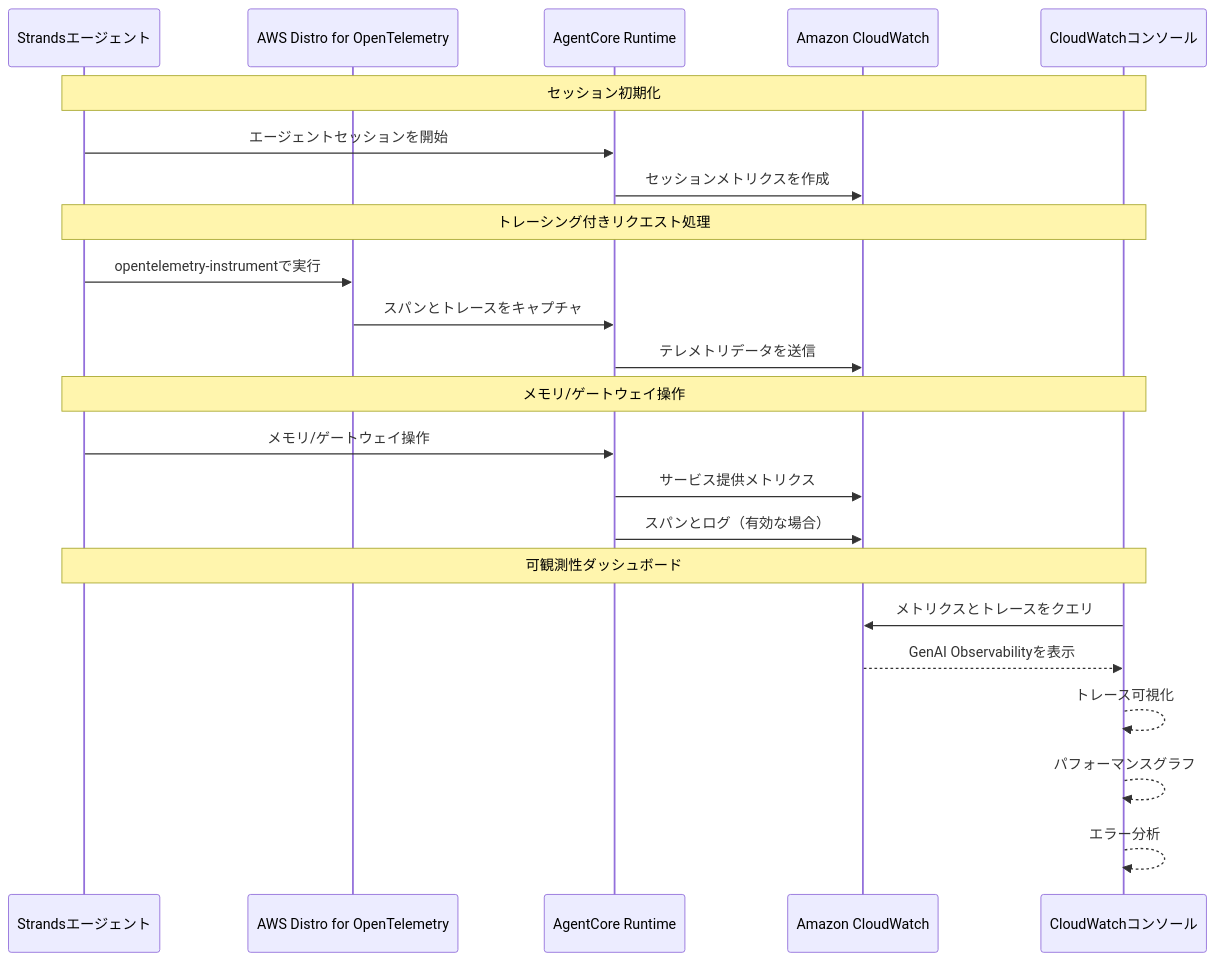
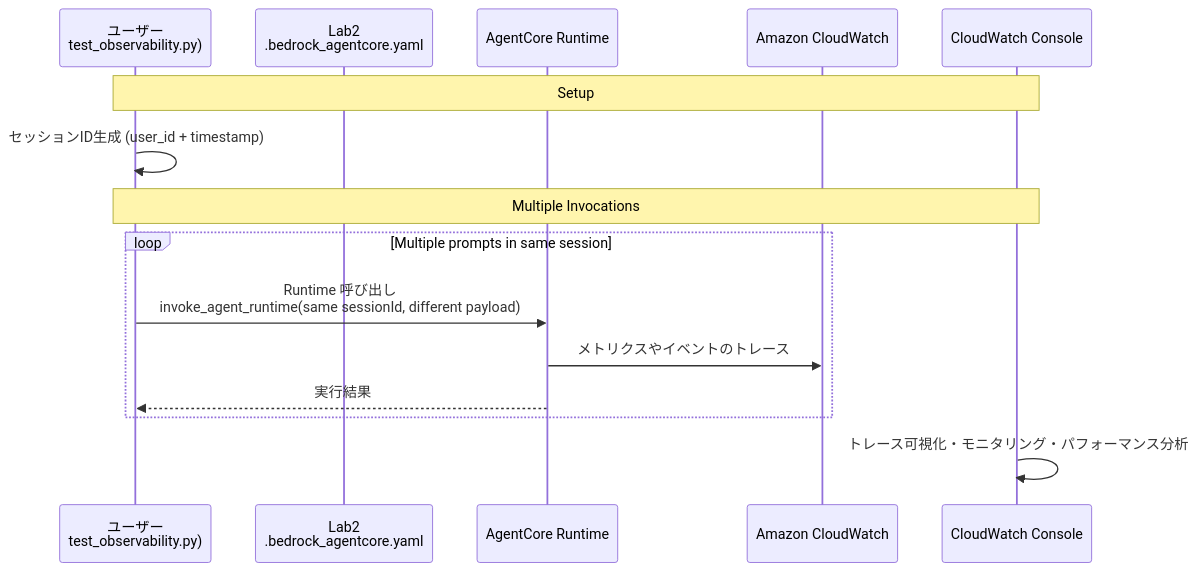
Before and after one commit to k-taiga/sample-amazon-bedrock-agentcore-onboarding: the diagram in 05_observability/README_ja.md, drawn with Mermaid. The commit also changed 4 other files, not shown here.

Commit message:
Fix diagram of lab5 and lab6

````diff
--- a/05_observability/README_ja.md
+++ b/05_observability/README_ja.md
@@ -9,29 +9,20 @@
 ```mermaid
 sequenceDiagram
-    participant Agent as Strandsエージェント
-    participant ADOT as AWS Distro for OpenTelemetry
+    participant Test as ユーザー <br/>test_observability.py)
+    participant Config as Lab2 <br/>.bedrock_agentcore.yaml
     participant AgentCore as AgentCore Runtime
     participant CloudWatch as Amazon CloudWatch
-    participant Console as CloudWatchコンソール
+    participant Console as CloudWatch Console
 
-    Note over Agent,Console: セッション初期化
-    Agent->>AgentCore: エージェントセッションを開始
-    AgentCore->>CloudWatch: セッションメトリクスを作成
+    Note over Test,Console: Setup
+    Test->>Test: セッションID生成 (user_id + timestamp)
     
-    Note over Agent,Console: トレーシング付きリクエスト処理
-    Agent->>ADOT: opentelemetry-instrumentで実行
-    ADOT->>AgentCore: スパンとトレースをキャプチャ
-    AgentCore->>CloudWatch: テレメトリデータを送信
-    
-    Note over Agent,Console: メモリ/ゲートウェイ操作
-    Agent->>AgentCore: メモリ/ゲートウェイ操作
-    AgentCore->>CloudWatch: サービス提供メトリクス
-    AgentCore->>CloudWatch: スパンとログ（有効な場合）
-    
-    Note over Agent,Console: 可観測性ダッシュボード
-    Console->>CloudWatch: メトリクスとトレースをクエリ
-    CloudWatch-->>Console: GenAI Observabilityを表示
-    Console-->>Console: トレース可視化
-    Console-->>Console: パフォーマンスグラフ
-    Console-->>Console: エラー分析
+    Note over Test,Console: Multiple Invocations
+    loop Multiple prompts in same session
+        Test->>AgentCore: Runtime 呼び出し <br/>invoke_agent_runtime(same sessionId, different payload)
+        AgentCore->>CloudWatch: メトリクスやイベントのトレース
+        AgentCore-->>Test: 実行結果
+    end
+
+    Console->>Console: トレース可視化・モニタリング・パフォーマンス分析
 ```
````
